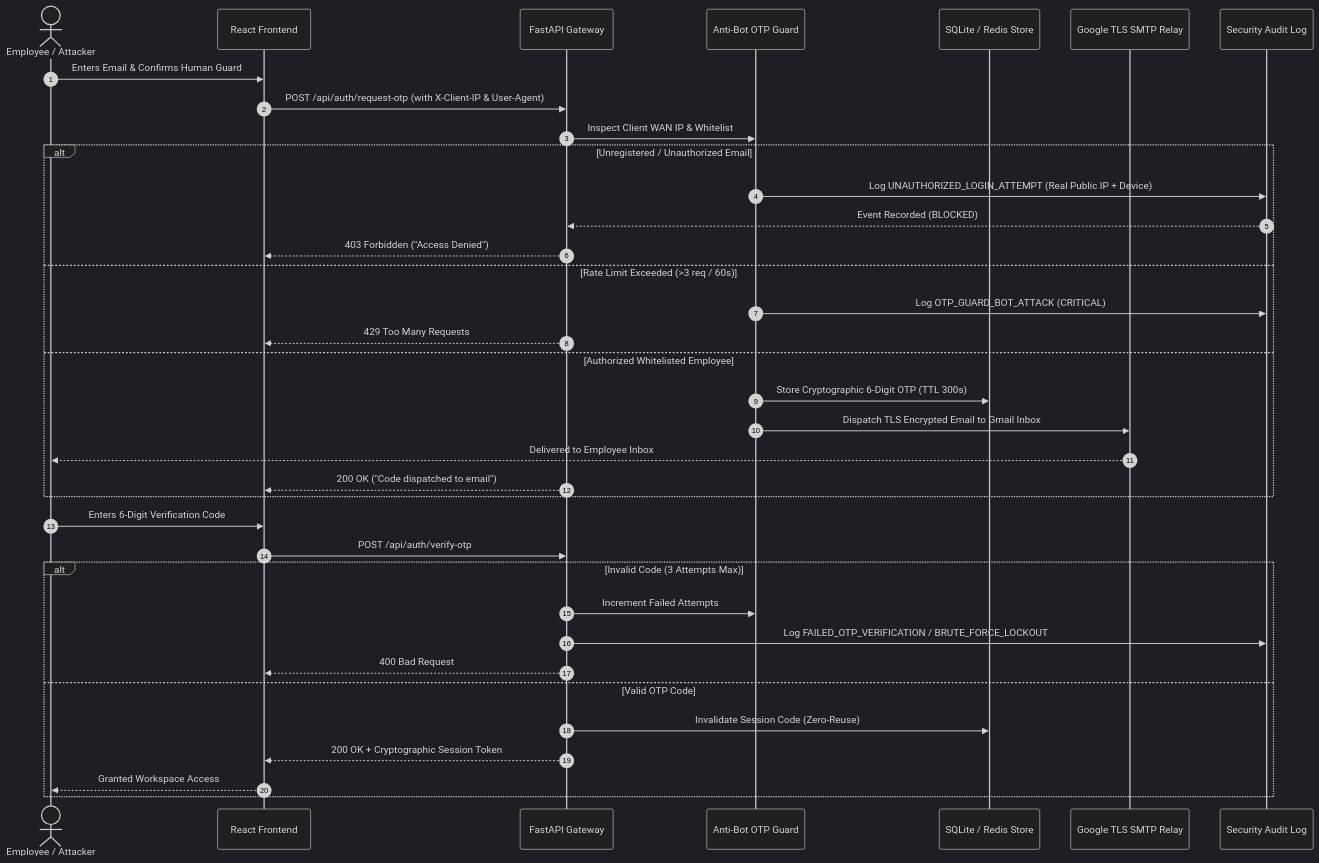
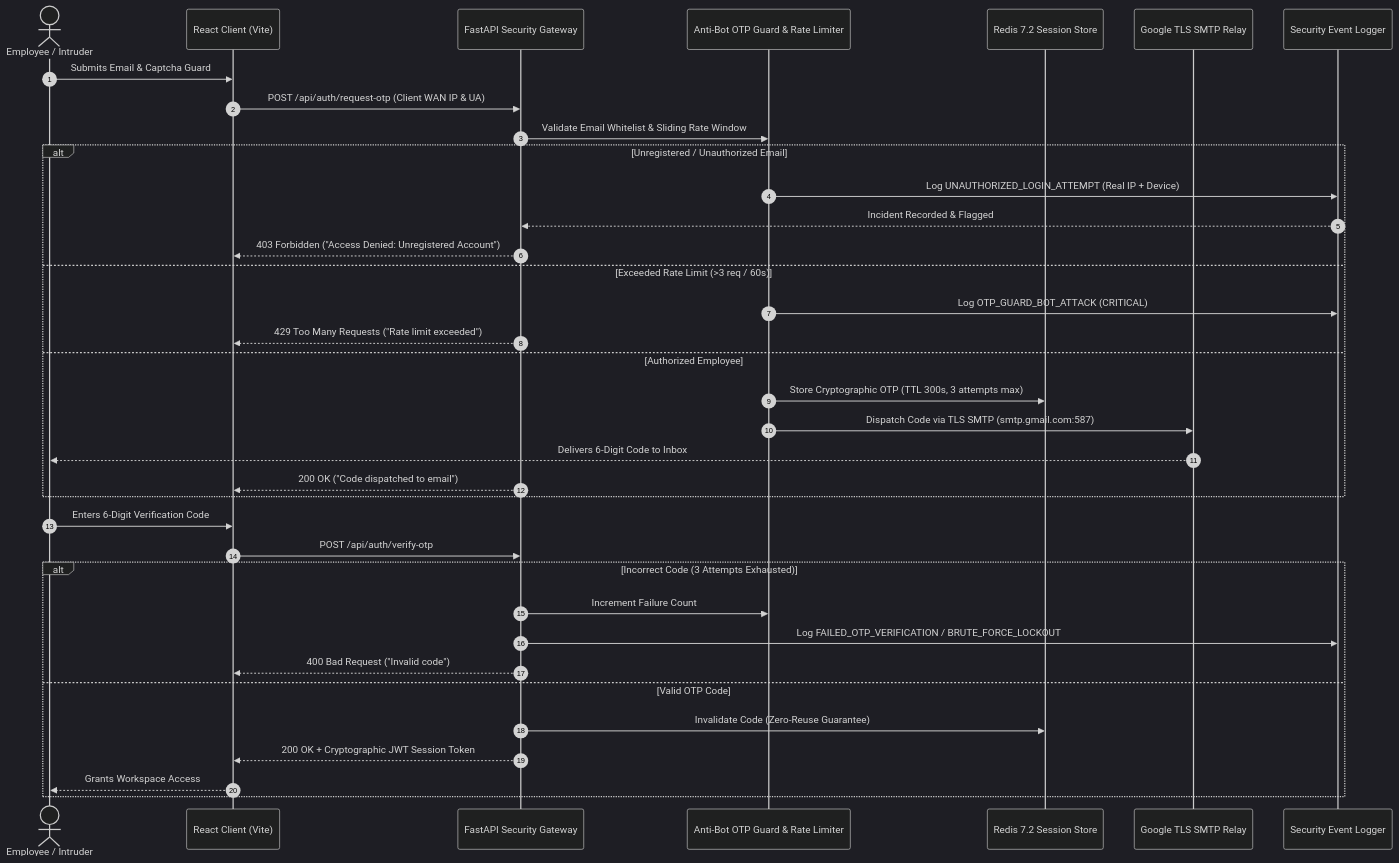
The second of 3 diagrams in README.md (Sifatkhan-1915020/CGO-V1.0), drawn with Mermaid (dark theme) before and after one commit. The commit also changed other lines of this file and 19 other files, not shown here.

Commit message:
docs: interactive HTML README with 8-section UI gallery, invoice workflows, and architecture

````diff
--- a/README.md
+++ b/README.md
@@ -122,41 +156,41 @@
 ```mermaid
 sequenceDiagram
     autonumber
-    actor Employee as Employee / Attacker
-    participant Client as React Frontend
-    participant Server as FastAPI Gateway
-    participant Guard as Anti-Bot OTP Guard
-    participant DB as SQLite / Redis Store
+    actor User as Employee / Intruder
+    participant Client as React Client (Vite)
+    participant Server as FastAPI Security Gateway
+    participant Guard as Anti-Bot OTP Guard & Rate Limiter
+    participant Redis as Redis 7.2 Session Store
     participant SMTP as Google TLS SMTP Relay
-    participant Audit as Security Audit Log
+    participant Audit as Security Event Logger
 
-    Employee->>Client: Enters Email & Confirms Human Guard
-    Client->>Server: POST /api/auth/request-otp (with X-Client-IP & User-Agent)
-    Server->>Guard: Inspect Client WAN IP & Whitelist
+    User->>Client: Submits Email & Captcha Guard
+    Client->>Server: POST /api/auth/request-otp (Client WAN IP & UA)
+    Server->>Guard: Validate Email Whitelist & Sliding Rate Window
     
     alt Unregistered / Unauthorized Email
-        Guard->>Audit: Log UNAUTHORIZED_LOGIN_ATTEMPT (Real Public IP + Device)
-        Audit-->>Server: Event Recorded (BLOCKED)
-        Server-->>Client: 403 Forbidden ("Access Denied")
-    else Rate Limit Exceeded (>3 req / 60s)
+        Guard->>Audit: Log UNAUTHORIZED_LOGIN_ATTEMPT (Real IP + Device)
+        Audit-->>Server: Incident Recorded & Flagged
+        Server-->>Client: 403 Forbidden ("Access Denied: Unregistered Account")
+    else Exceeded Rate Limit (>3 req / 60s)
         Guard->>Audit: Log OTP_GUARD_BOT_ATTACK (CRITICAL)
-        Server-->>Client: 429 Too Many Requests
-    else Authorized Whitelisted Employee
-        Guard->>DB: Store Cryptographic 6-Digit OTP (TTL 300s)
-        Guard->>SMTP: Dispatch TLS Encrypted Email to Gmail Inbox
-        SMTP-->>Employee: Delivered to Employee Inbox
+        Server-->>Client: 429 Too Many Requests ("Rate limit exceeded")
+    else Authorized Employee
+        Guard->>Redis: Store Cryptographic OTP (TTL 300s, 3 attempts max)
+        Guard->>SMTP: Dispatch Code via TLS SMTP (smtp.gmail.com:587)
+        SMTP-->>User: Delivers 6-Digit Code to Inbox
         Server-->>Client: 200 OK ("Code dispatched to email")
     end
 
-    Employee->>Client: Enters 6-Digit Verification Code
+    User->>Client: Enters 6-Digit Verification Code
     Client->>Server: POST /api/auth/verify-otp
-    alt Invalid Code (3 Attempts Max)
-        Server->>Guard: Increment Failed Attempts
+    alt Incorrect Code (3 Attempts Exhausted)
+        Server->>Guard: Increment Failure Count
         Server->>Audit: Log FAILED_OTP_VERIFICATION / BRUTE_FORCE_LOCKOUT
-        Server-->>Client: 400 Bad Request
+        Server-->>Client: 400 Bad Request ("Invalid code")
     else Valid OTP Code
-        Server->>DB: Invalidate Session Code (Zero-Reuse)
-        Server-->>Client: 200 OK + Cryptographic Session Token
-        Client-->>Employee: Granted Workspace Access
+        Server->>Redis: Invalidate Code (Zero-Reuse Guarantee)
+        Server-->>Client: 200 OK + Cryptographic JWT Session Token
+        Client-->>User: Grants Workspace Access
     end
 ```
````
